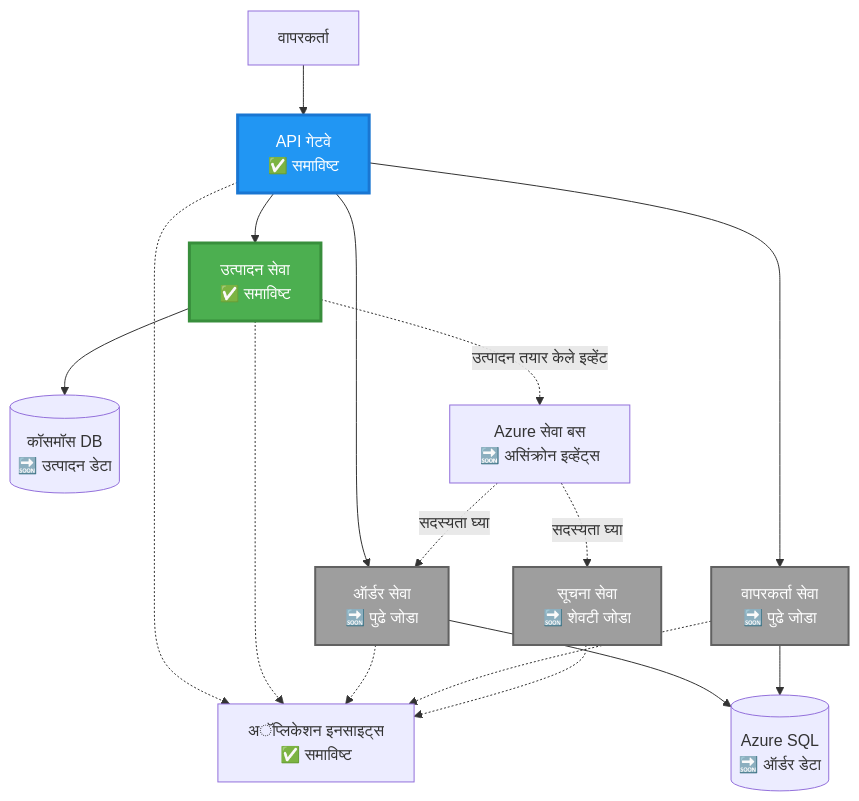
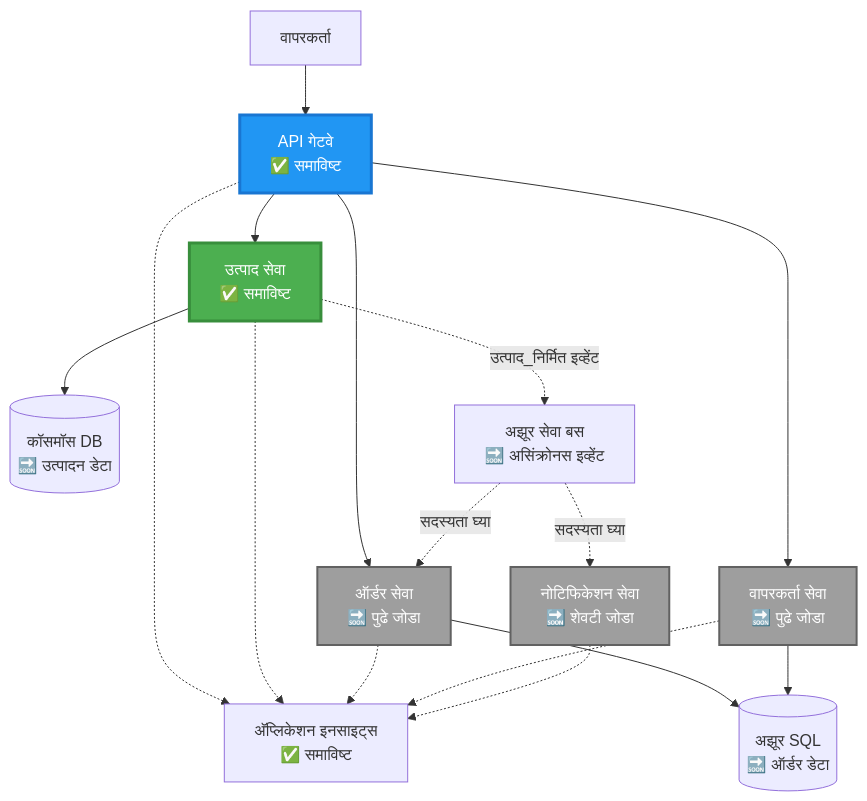
The second of 4 diagrams in translations/mr/examples/microservices/README.md (microsoft/AZD-for-beginners), drawn with Mermaid before and after one commit. The commit also changed other lines of this file and 242 other files, not shown here.

````diff
--- a/translations/mr/examples/microservices/README.md
+++ b/translations/mr/examples/microservices/README.md
@@ -78,39 +69,39 @@
 ```mermaid
 graph TB
     User[वापरकर्ता]
     Gateway[API गेटवे<br/>✅ समाविष्ट]
-    Product[उत्पादन सेवा<br/>✅ समाविष्ट]
+    Product[उत्पाद सेवा<br/>✅ समाविष्ट]
     Order[ऑर्डर सेवा<br/>🔜 पुढे जोडा]
     UserSvc[वापरकर्ता सेवा<br/>🔜 पुढे जोडा]
-    Notify[सूचना सेवा<br/>🔜 शेवटी जोडा]
+    Notify[नोटिफिकेशन सेवा<br/>🔜 शेवटी जोडा]
     
     CosmosDB[(कॉसमॉस DB<br/>🔜 उत्पादन डेटा)]
-    AzureSQL[(Azure SQL<br/>🔜 ऑर्डर डेटा)]
-    ServiceBus[Azure सेवा बस<br/>🔜 असिंक्रोन इव्हेंट्स]
-    AppInsights[अॅप्लिकेशन इनसाइट्स<br/>✅ समाविष्ट]
+    AzureSQL[(अझूर SQL<br/>🔜 ऑर्डर डेटा)]
+    ServiceBus[अझूर सेवा बस<br/>🔜 असिंक्रोनस इव्हेंट]
+    AppInsights[अ‍ॅप्लिकेशन इनसाइट्स<br/>✅ समाविष्ट]
     
     User --> Gateway
     Gateway --> Product
     Gateway --> Order
     Gateway --> UserSvc
     
     Product --> CosmosDB
     Order --> AzureSQL
     UserSvc --> AzureSQL
     
-    Product -.->|उत्पादन तयार केले इव्हेंट| ServiceBus
+    Product -.->|उत्पाद_निर्मित इव्हेंट| ServiceBus
     ServiceBus -.->|सदस्यता घ्या| Notify
     ServiceBus -.->|सदस्यता घ्या| Order
     
     Gateway -.-> AppInsights
     Product -.-> AppInsights
     Order -.-> AppInsights
     UserSvc -.-> AppInsights
     Notify -.-> AppInsights
     
     style Product fill:#4CAF50,stroke:#388E3C,stroke-width:3px,color:#fff
     style Gateway fill:#2196F3,stroke:#1976D2,stroke-width:3px,color:#fff
     style Order fill:#9E9E9E,stroke:#616161,stroke-width:2px,color:#fff
     style UserSvc fill:#9E9E9E,stroke:#616161,stroke-width:2px,color:#fff
     style Notify fill:#9E9E9E,stroke:#616161,stroke-width:2px,color:#fff
 ```
````
